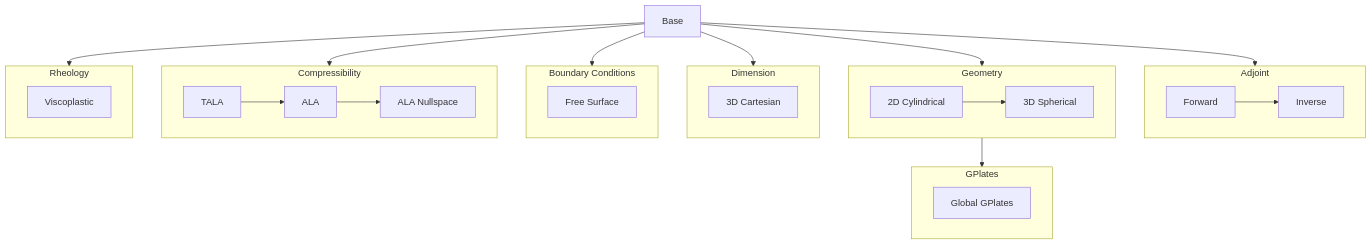
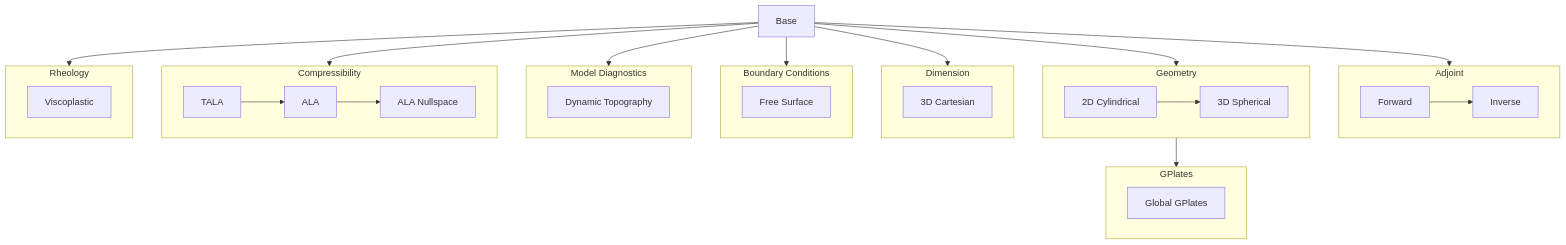
One commit to g-adopt/g-adopt changed the diagram in demos/.diagram.mermaid. Above: the diagram before and after it, drawn with Mermaid. The commit also changed 2 other files, not shown here.

```diff
--- a/demos/.diagram.mermaid
+++ b/demos/.diagram.mermaid
@@ -1,51 +1,56 @@
 graph TD
   base[Base]
 
   subgraph adjoint[Adjoint]
   adjoint_forward[Forward] --> inverse[Inverse]
   end
 
   subgraph geometry[Geometry]
   cylindrical_2d[2D Cylindrical] --> spherical_3d[3D Spherical]
   end
 
   subgraph gplates[GPlates]
   gplates_global["Global GPlates"]
   end
 
   subgraph dimension[Dimension]
   cartesian_3d[3D Cartesian]
   end
 
   subgraph bcs[Boundary Conditions]
   free_surface[Free Surface]
   end
 
+  subgraph model_diagnostics[Model Diagnostics]
+  dynamic_topography[Dynamic Topography]
+  end
+
   subgraph compressibility[Compressibility]
   tala[TALA] --> ala[ALA] --> visualise_ala[ALA Nullspace]
   end
 
   subgraph rheology[Rheology]
   viscoplastic[Viscoplastic]
   end
 
   base --> dimension
   base --> compressibility
   base --> rheology
   base --> geometry
   base --> bcs
   base --> adjoint
+  base --> model_diagnostics
   geometry --> gplates
 
   click base "mantle_convection/base_case"
   click tala "mantle_convection/2d_compressible_TALA"
   click ala "mantle_convection/2d_compressible_ALA"
   click visualise_ala "mantle_convection/visualise_ALA_p_nullspace"
   click viscoplastic "mantle_convection/viscoplastic_case"
   click cartesian_3d "mantle_convection/3d_cartesian"
   click cylindrical_2d "mantle_convection/2d_cylindrical"
   click spherical_3d "mantle_convection/3d_spherical"
   click gplates_global "mantle_convection/gplates_global"
   click adjoint_forward "mantle_convection/adjoint_forward"
   click inverse "mantle_convection/adjoint"
   click free_surface "mantle_convection/free_surface"
```
